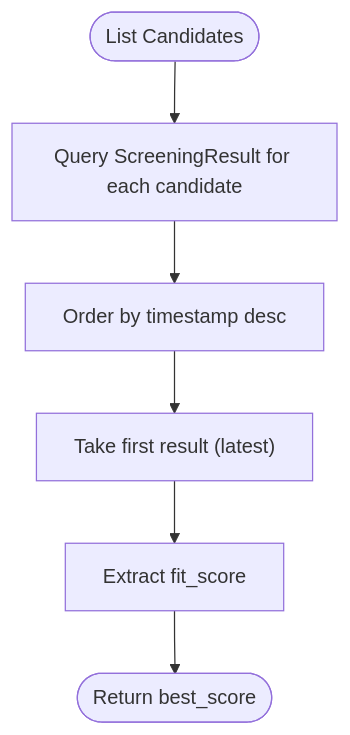
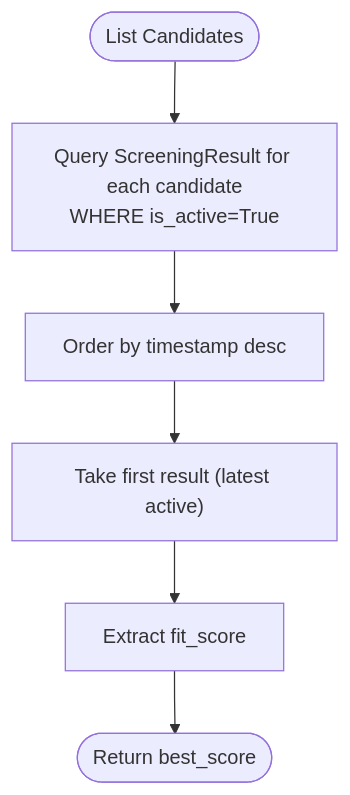
One commit to Revanththetalogics/aireume changed the fifth of 8 diagrams in .qoder/repowiki/en/content/Candidate Management/Analysis History and Tracking.md. Above: the diagram before and after it, drawn with Mermaid. The commit also changed other lines of this file and 20 other files, not shown here.

First line of the commit message:
fix: persist complete report data to analysis_result for Candidates page

````diff
--- a/.qoder/repowiki/en/content/Candidate Management/Analysis History and Tracking.md
+++ b/.qoder/repowiki/en/content/Candidate Management/Analysis History and Tracking.md
@@ -208,8 +233,8 @@
 ```mermaid
 flowchart TD
-Start(["List Candidates"]) --> Query["Query ScreeningResult for each candidate"]
+Start(["List Candidates"]) --> Query["Query ScreeningResult for each candidate<br/>WHERE is_active=True"]
 Query --> Order["Order by timestamp desc"]
-Order --> Latest["Take first result (latest)"]
+Order --> Latest["Take first result (latest active)"]
 Latest --> Extract["Extract fit_score"]
 Extract --> End(["Return best_score"])
 ```
````
